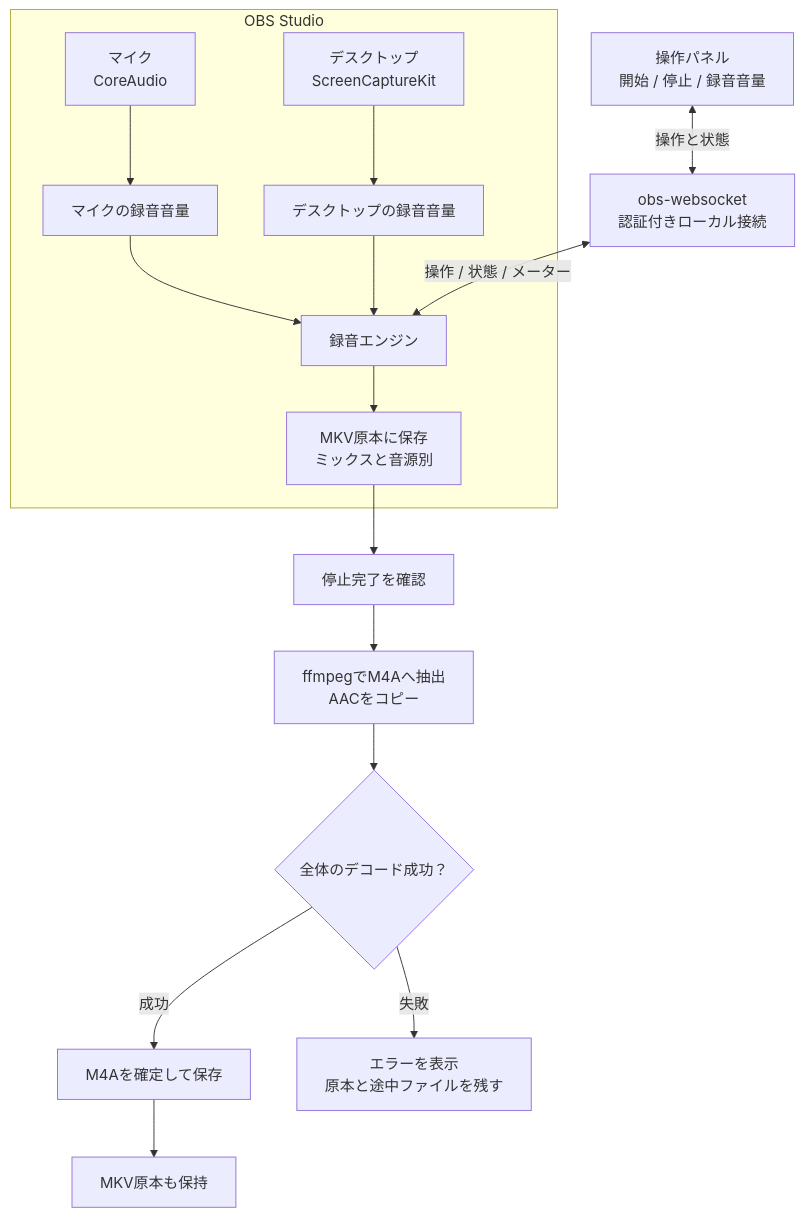
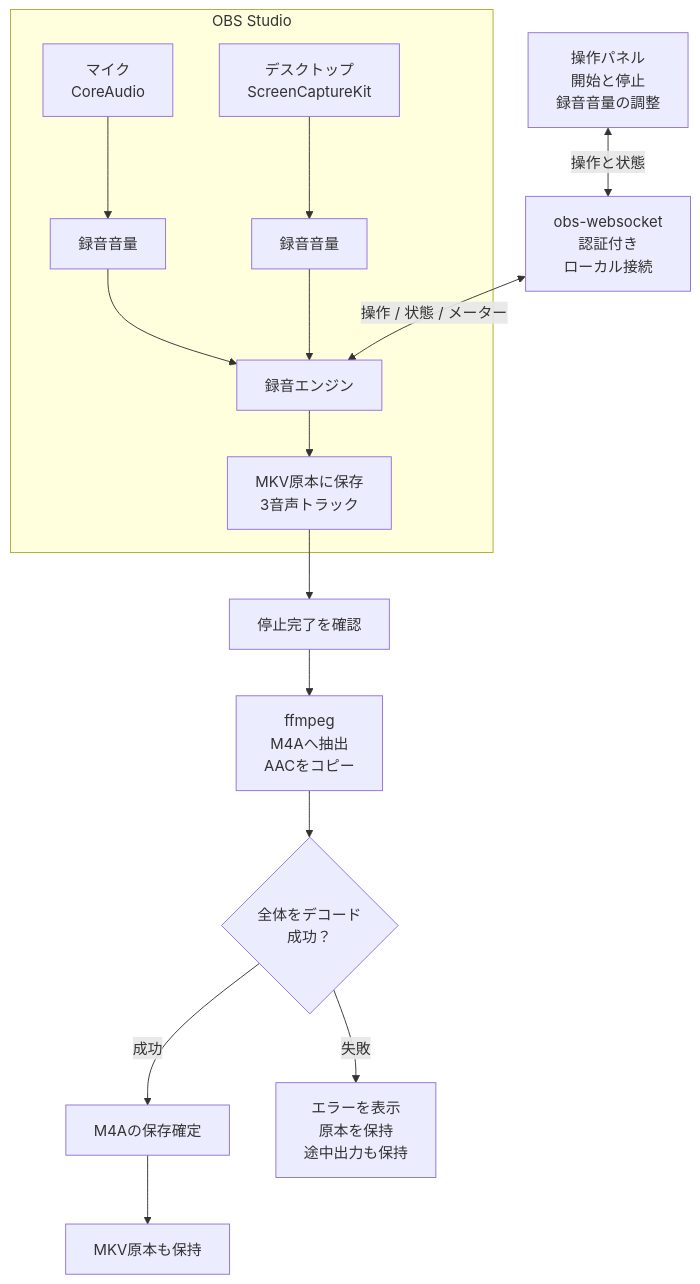
Before and after one commit to K-YUTAA/homebrew-tap: the second of 2 diagrams in README.md, drawn with Mermaid. The commit also changed other lines of this file, not shown here.

Commit message:
Fit Japanese diagram labels within their nodes

````diff
--- a/README.md
+++ b/README.md
@@ -131,20 +131,20 @@
 ```mermaid
 flowchart TD
-    UI["操作パネル<br/>開始 / 停止 / 録音音量"] <-->|操作と状態| WS["obs-websocket<br/>認証付きローカル接続"]
+    UI["操作パネル<br/>開始と停止<br/>録音音量の調整"] <-->|操作と状態| WS["obs-websocket<br/>認証付き<br/>ローカル接続"]
 
     subgraph OBS["OBS Studio"]
-        MIC["マイク<br/>CoreAudio"] --> MG["マイクの録音音量"]
-        DESK["デスクトップ<br/>ScreenCaptureKit"] --> DG["デスクトップの録音音量"]
+        MIC["マイク<br/>CoreAudio"] --> MG["録音音量"]
+        DESK["デスクトップ<br/>ScreenCaptureKit"] --> DG["録音音量"]
         MG --> REC["録音エンジン"]
         DG --> REC
-        REC --> MKV["MKV原本に保存<br/>ミックスと音源別"]
+        REC --> MKV["MKV原本に保存<br/>3音声トラック"]
     end
 
     WS <-->|操作 / 状態 / メーター| REC
     MKV --> STOP["停止完了を確認"]
-    STOP --> COPY["ffmpegでM4Aへ抽出<br/>AACをコピー"]
-    COPY --> CHECK{"全体のデコード成功？"}
-    CHECK -->|成功| SAVE["M4Aを確定して保存"]
-    CHECK -->|失敗| ERROR["エラーを表示<br/>原本と途中ファイルを残す"]
+    STOP --> COPY["ffmpeg<br/>M4Aへ抽出<br/>AACをコピー"]
+    COPY --> CHECK{"全体をデコード<br/>成功？"}
+    CHECK -->|成功| SAVE["M4Aの保存確定"]
+    CHECK -->|失敗| ERROR["エラーを表示<br/>原本を保持<br/>途中出力も保持"]
     SAVE --> KEEP["MKV原本も保持"]
 ```
````
